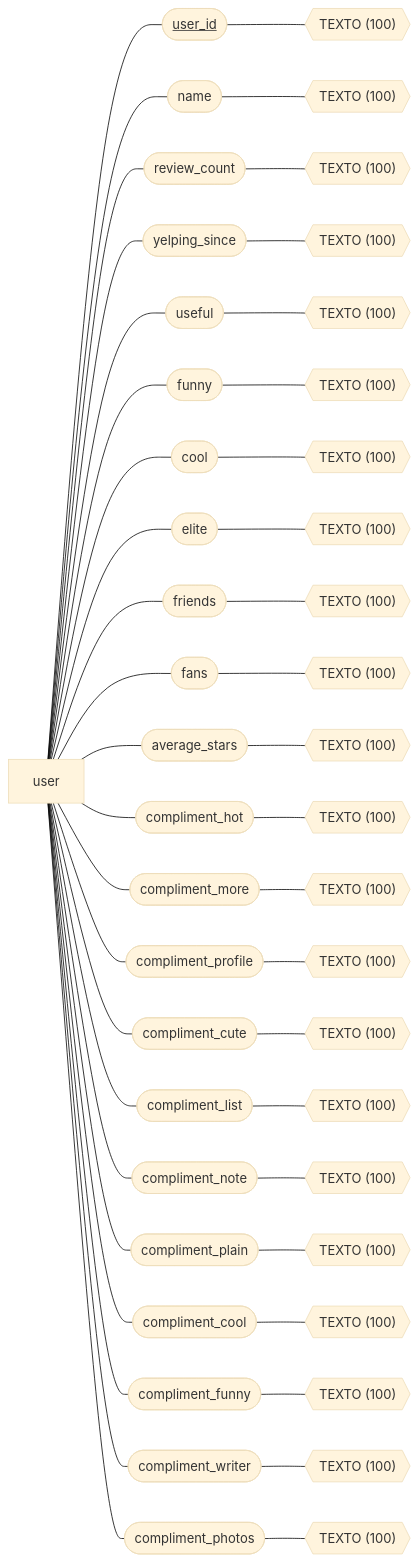
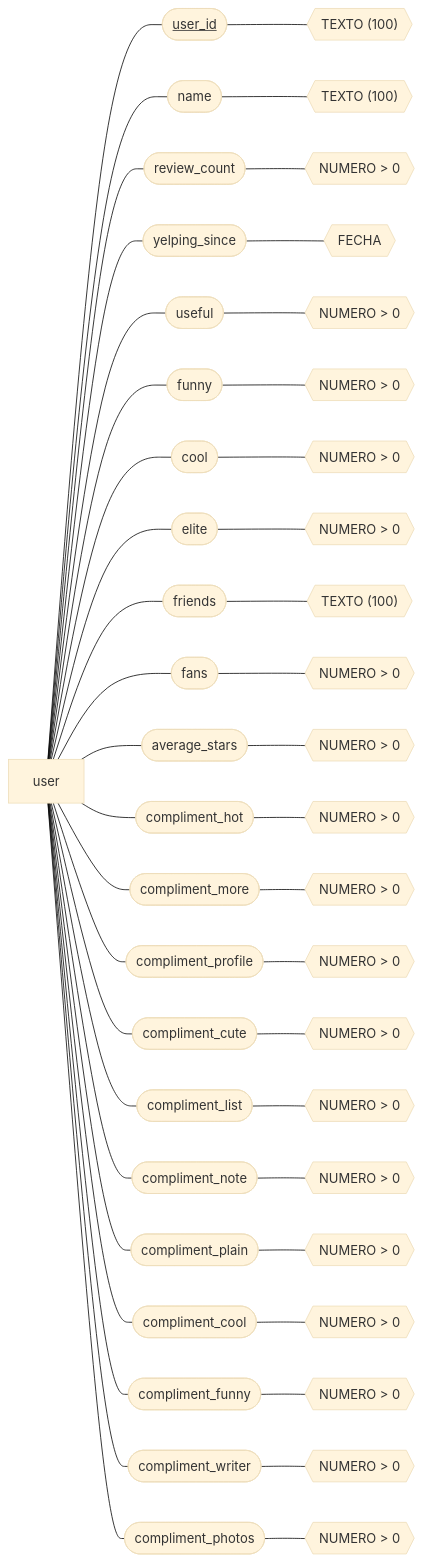
One commit to fer98morales/BDR changed the sixth of 6 diagrams in Tareas/Tarea2.md. Above: the diagram before and after it, drawn with Mermaid (base theme). The commit also changed other lines of this file, not shown here.

````diff
--- a/Tareas/Tarea2.md
+++ b/Tareas/Tarea2.md
@@ -76,26 +82,26 @@
 ```mermaid
 flowchart LR
     Entidad5[user]
     Entidad5 --- E5_Atributo1([<u>user_id</u>]) --- E5_D1{{"TEXTO (100)"}}
     Entidad5 --- E5_Atributo2([name]) --- E5_D2{{"TEXTO (100)"}}
-    Entidad5 --- E5_Atributo3([review_count]) --- E5_D3{{"TEXTO (100)"}}
-    Entidad5 --- E5_Atributo4([yelping_since]) --- E5_D4{{"TEXTO (100)"}}
-    Entidad5 --- E5_Atributo5([useful]) --- E5_D5{{"TEXTO (100)"}}
-    Entidad5 --- E5_Atributo6([funny]) --- E5_D6{{"TEXTO (100)"}}
-    Entidad5 --- E5_Atributo7([cool]) --- E5_D7{{"TEXTO (100)"}}
-    Entidad5 --- E5_Atributo8([elite]) --- E5_D8{{"TEXTO (100)"}}
+    Entidad5 --- E5_Atributo3([review_count]) --- E5_D3{{"NUMERO > 0"}}
+    Entidad5 --- E5_Atributo4([yelping_since]) --- E5_D4{{"FECHA"}}
+    Entidad5 --- E5_Atributo5([useful]) --- E5_D5{{"NUMERO > 0"}}
+    Entidad5 --- E5_Atributo6([funny]) --- E5_D6{{"NUMERO > 0"}}
+    Entidad5 --- E5_Atributo7([cool]) --- E5_D7{{"NUMERO > 0"}}
+    Entidad5 --- E5_Atributo8([elite]) --- E5_D8{{"NUMERO > 0"}}
     Entidad5 --- E5_Atributo9([friends]) --- E5_D9{{"TEXTO (100)"}}
-    Entidad5 --- E5_Atributo10([fans]) --- E5_D10{{"TEXTO (100)"}}
-    Entidad5 --- E5_Atributo11([average_stars]) --- E5_D11{{"TEXTO (100)"}}
-    Entidad5 --- E5_Atributo12([compliment_hot]) --- E5_D12{{"TEXTO (100)"}}
-    Entidad5 --- E5_Atributo13([compliment_more]) --- E5_D13{{"TEXTO (100)"}}
-    Entidad5 --- E5_Atributo14([compliment_profile]) --- E5_D14{{"TEXTO (100)"}}
-    Entidad5 --- E5_Atributo15([compliment_cute]) --- E5_D15{{"TEXTO (100)"}}
-    Entidad5 --- E5_Atributo16([compliment_list]) --- E5_D16{{"TEXTO (100)"}}
-    Entidad5 --- E5_Atributo17([compliment_note]) --- E5_D17{{"TEXTO (100)"}}
-    Entidad5 --- E5_Atributo18([compliment_plain]) --- E5_D18{{"TEXTO (100)"}}
-    Entidad5 --- E5_Atributo19([compliment_cool]) --- E5_D19{{"TEXTO (100)"}}
-    Entidad5 --- E5_Atributo20([compliment_funny]) --- E5_D20{{"TEXTO (100)"}}
-    Entidad5 --- E5_Atributo21([compliment_writer]) --- E5_D21{{"TEXTO (100)"}}
-    Entidad5 --- E5_Atributo22([compliment_photos]) --- E5_D22{{"TEXTO (100)"}}
+    Entidad5 --- E5_Atributo10([fans]) --- E5_D10{{"NUMERO > 0"}}
+    Entidad5 --- E5_Atributo11([average_stars]) --- E5_D11{{"NUMERO > 0"}}
+    Entidad5 --- E5_Atributo12([compliment_hot]) --- E5_D12{{"NUMERO > 0"}}
+    Entidad5 --- E5_Atributo13([compliment_more]) --- E5_D13{{"NUMERO > 0"}}
+    Entidad5 --- E5_Atributo14([compliment_profile]) --- E5_D14{{"NUMERO > 0"}}
+    Entidad5 --- E5_Atributo15([compliment_cute]) --- E5_D15{{"NUMERO > 0"}}
+    Entidad5 --- E5_Atributo16([compliment_list]) --- E5_D16{{"NUMERO > 0"}}
+    Entidad5 --- E5_Atributo17([compliment_note]) --- E5_D17{{"NUMERO > 0"}}
+    Entidad5 --- E5_Atributo18([compliment_plain]) --- E5_D18{{"NUMERO > 0"}}
+    Entidad5 --- E5_Atributo19([compliment_cool]) --- E5_D19{{"NUMERO > 0"}}
+    Entidad5 --- E5_Atributo20([compliment_funny]) --- E5_D20{{"NUMERO > 0"}}
+    Entidad5 --- E5_Atributo21([compliment_writer]) --- E5_D21{{"NUMERO > 0"}}
+    Entidad5 --- E5_Atributo22([compliment_photos]) --- E5_D22{{"NUMERO > 0"}}
 ```
````
